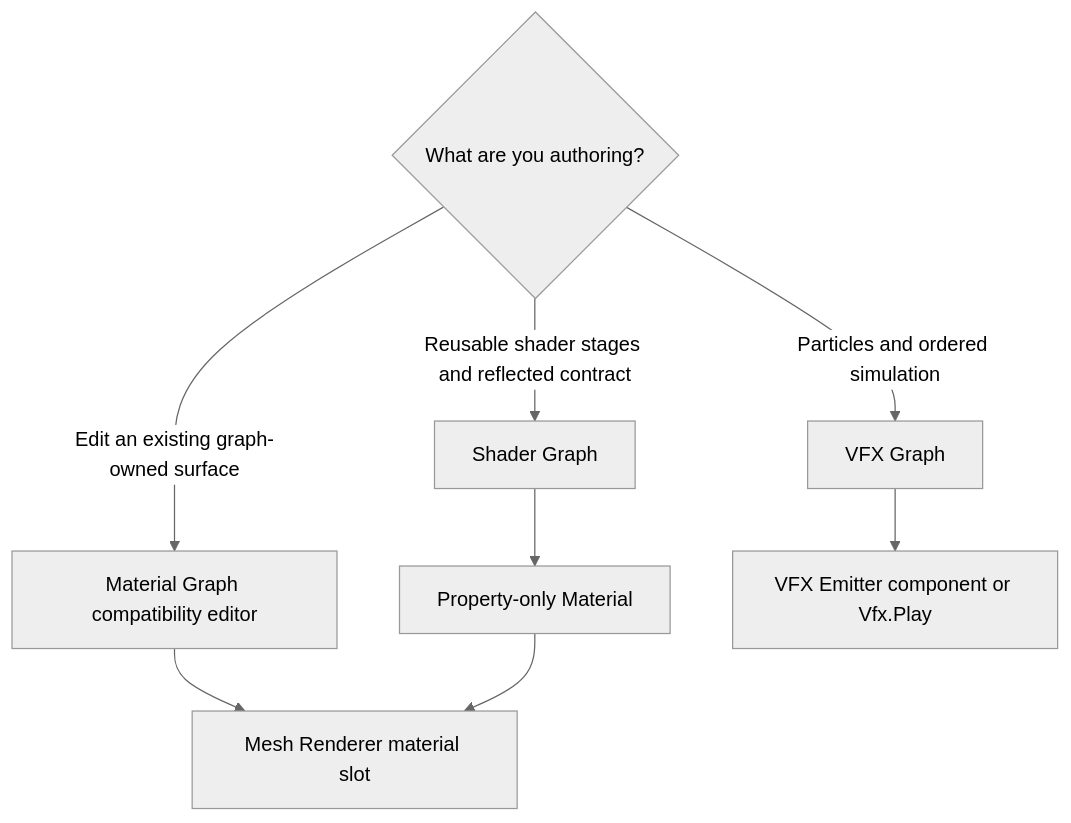
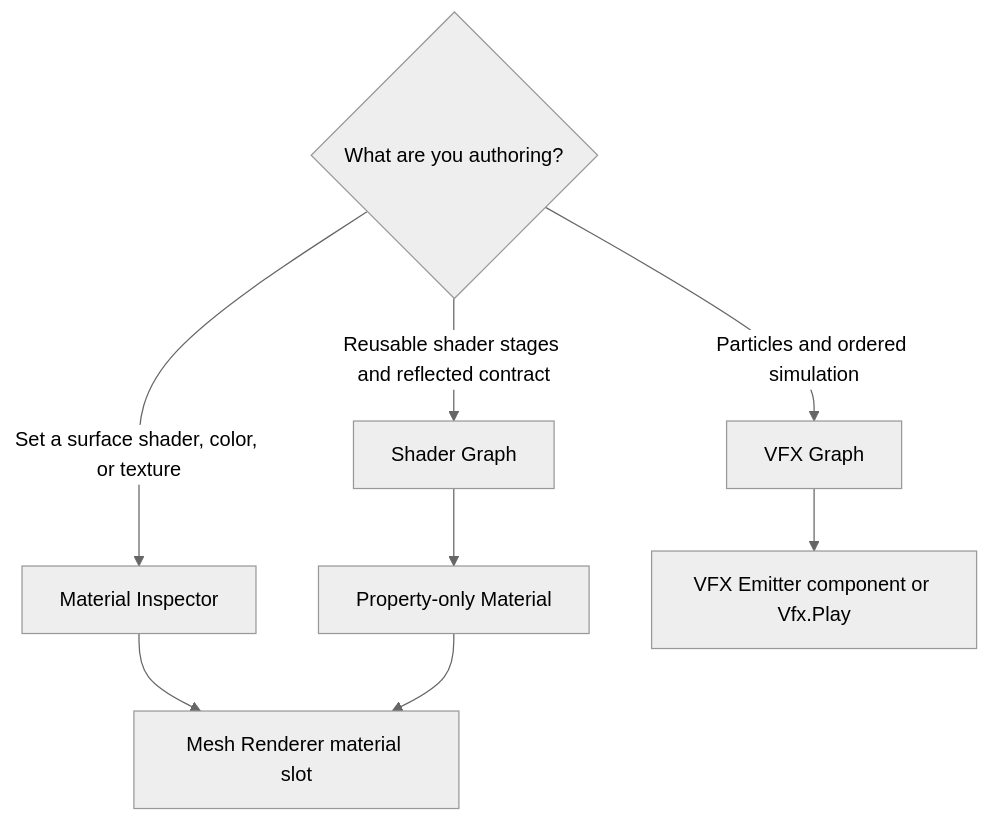
The fifth of 6 diagrams in Docs/Manual/VisualWorkflowMaps.md (hcfgod/KeireEngine), drawn with Mermaid (neutral theme) before and after one commit. The commit also changed other lines of this file and 75 other files, not shown here.

````diff
--- a/Docs/Manual/VisualWorkflowMaps.md
+++ b/Docs/Manual/VisualWorkflowMaps.md
@@ -85,11 +87,11 @@
 ```mermaid
 flowchart TD
     Need{"What are you authoring?"}
     Need -->|"Reusable shader stages and reflected contract"| Shader["Shader Graph"]
-    Need -->|"Edit an existing graph-owned surface"| Material["Material Graph compatibility editor"]
+    Need -->|"Set a surface shader, color, or texture"| Material["Material Inspector"]
     Need -->|"Particles and ordered simulation"| Vfx["VFX Graph"]
     Shader --> Surface["Property-only Material"]
     Material --> Renderer["Mesh Renderer material slot"]
     Surface --> Renderer
     Vfx --> Emitter["VFX Emitter component or Vfx.Play"]
 ```
````
